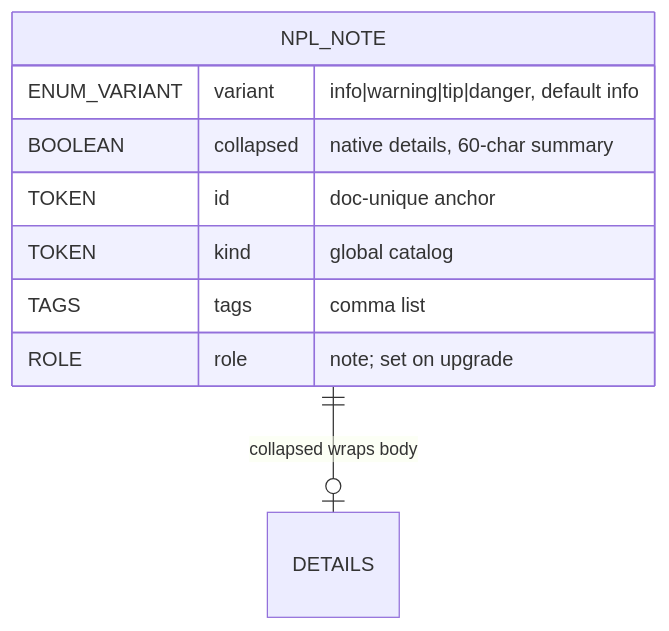
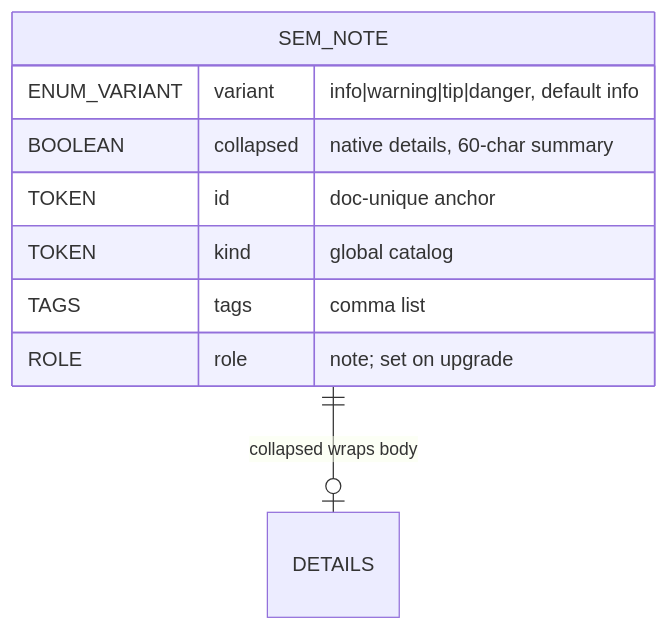
One commit to noizu-labs-ml/npl-enhanced-content changed the diagram in docs/PROJ-SCHEMA.summary.md. Above: the diagram before and after it, drawn with Mermaid.

Commit message:
docs(rebrand): rename the NPL_NOTE schema entity to SEM_NOTE
The mermaid ER entity names this project's own note element, not the NPL
framework, so it follows the sem- vocabulary.

Claude-Session: https://claude.ai/code/session_01AmrzoW8sTHNXN1HPibttUL

````diff
--- a/docs/PROJ-SCHEMA.summary.md
+++ b/docs/PROJ-SCHEMA.summary.md
@@ -15,12 +15,12 @@
 ```mermaid
 erDiagram
-    NPL_NOTE ||--o| DETAILS : "collapsed wraps body"
-    NPL_NOTE {
+    SEM_NOTE ||--o| DETAILS : "collapsed wraps body"
+    SEM_NOTE {
         ENUM_VARIANT variant "info|warning|tip|danger, default info"
         BOOLEAN collapsed "native details, 60-char summary"
         TOKEN id "doc-unique anchor"
         TOKEN kind "global catalog"
         TAGS tags "comma list"
         ROLE role "note; set on upgrade"
     }
 ```
````
